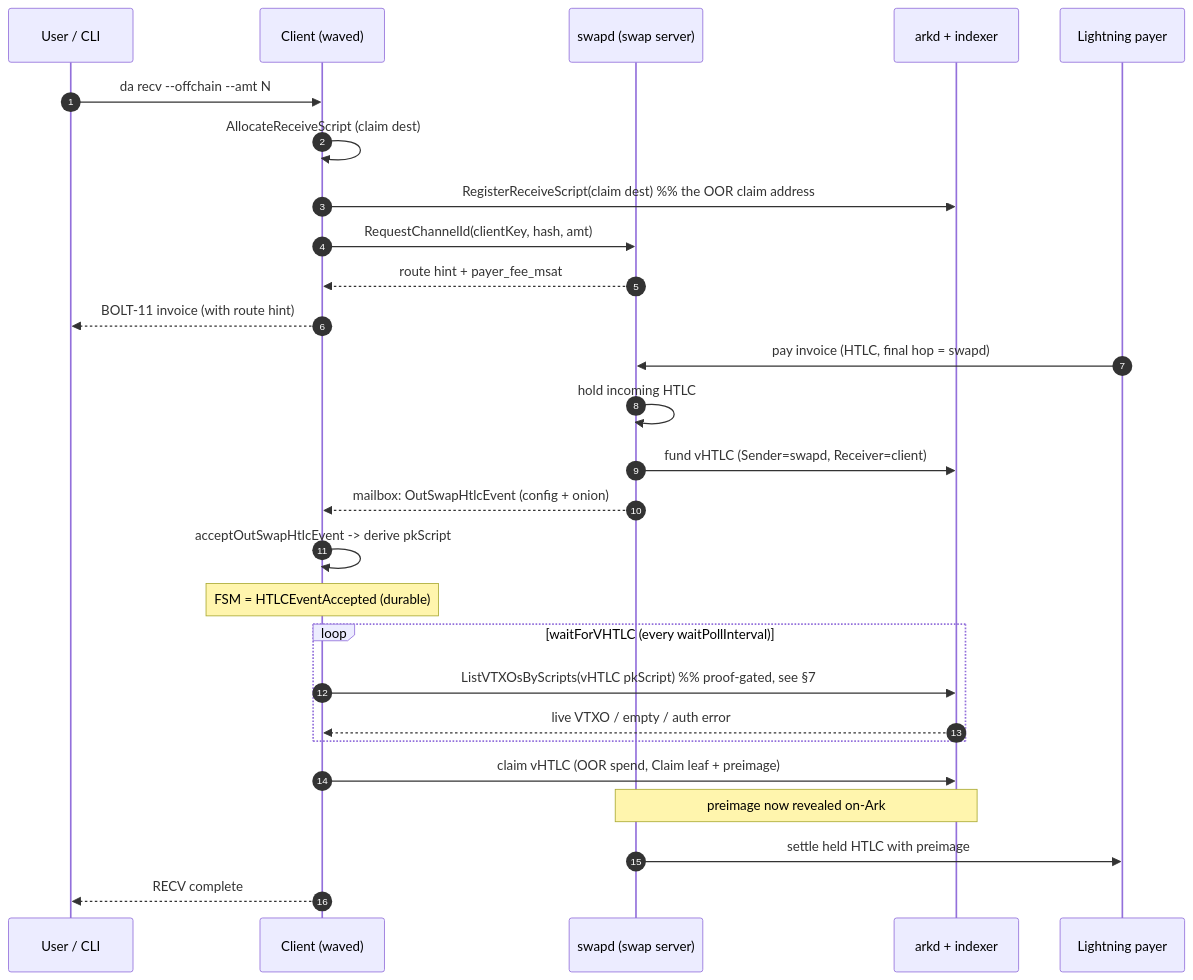
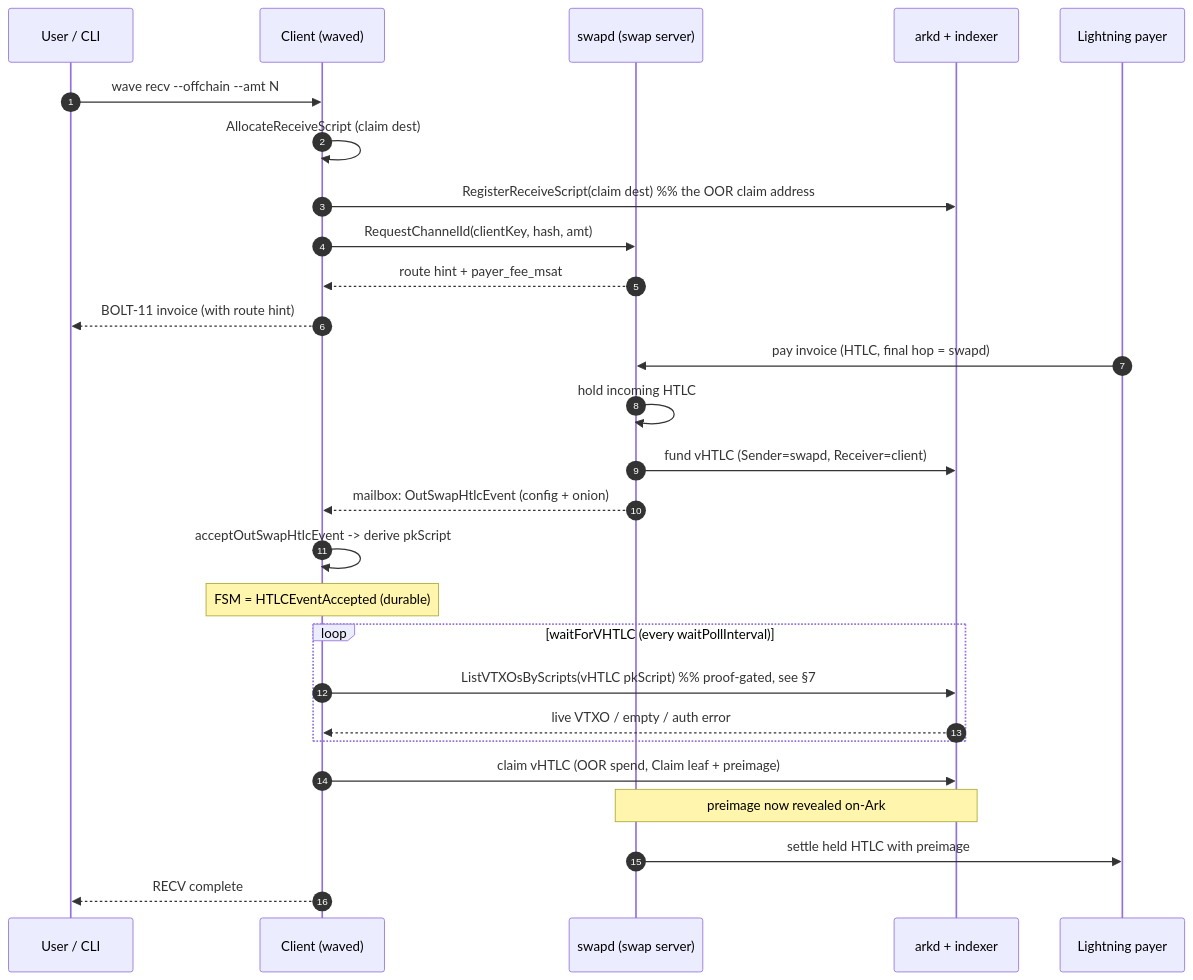
One commit to lightninglabs/wavelength changed the second of 6 diagrams in docs/swap_system.md. Above: the diagram before and after it, drawn with Mermaid. The commit also changed other lines of this file and 4 other files, not shown here.

````diff
--- a/docs/swap_system.md
+++ b/docs/swap_system.md
@@ -240,33 +240,33 @@
 ```mermaid
 sequenceDiagram
     autonumber
     participant U as User / CLI
     participant C as Client (waved)
     participant S as swapd (swap server)
     participant A as arkd + indexer
     participant L as Lightning payer
 
-    U->>C: da recv --offchain --amt N
+    U->>C: wave recv --offchain --amt N
     C->>C: AllocateReceiveScript (claim dest)
     C->>A: RegisterReceiveScript(claim dest)   %% the OOR claim address
     C->>S: RequestChannelId(clientKey, hash, amt)
     S-->>C: route hint + payer_fee_msat
     C-->>U: BOLT-11 invoice (with route hint)
 
     L->>S: pay invoice (HTLC, final hop = swapd)
     S->>S: hold incoming HTLC
     S->>A: fund vHTLC (Sender=swapd, Receiver=client)
     S-->>C: mailbox: OutSwapHtlcEvent (config + onion)
     C->>C: acceptOutSwapHtlcEvent -> derive pkScript
     Note over C: FSM = HTLCEventAccepted (durable)
 
     loop waitForVHTLC (every waitPollInterval)
         C->>A: ListVTXOsByScripts(vHTLC pkScript)  %% proof-gated, see §7
         A-->>C: live VTXO  /  empty  /  auth error
     end
 
     C->>A: claim vHTLC (OOR spend, Claim leaf + preimage)
     Note over S,A: preimage now revealed on-Ark
     S->>L: settle held HTLC with preimage
     C-->>U: RECV complete
 ```
````
